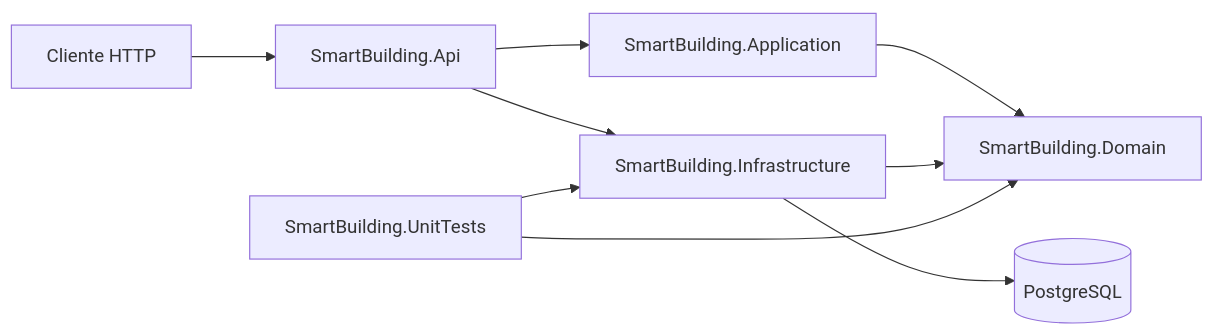
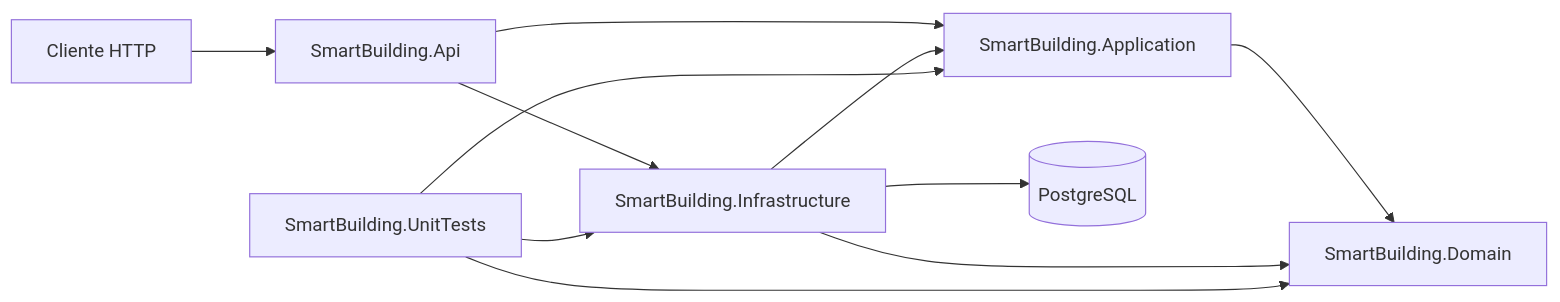
One commit to alexandrepd/smart-building-access changed the first of 2 diagrams in Docs/architecture-overview.md. Above: the diagram before and after it, drawn with Mermaid. The commit also changed other lines of this file and 31 other files, not shown here.

````diff
--- a/Docs/architecture-overview.md
+++ b/Docs/architecture-overview.md
@@ -9,13 +9,15 @@
 ```mermaid
 flowchart LR
     Client[Cliente HTTP] --> API[SmartBuilding.Api]
     API --> Application[SmartBuilding.Application]
     API --> Infrastructure[SmartBuilding.Infrastructure]
     Application --> Domain[SmartBuilding.Domain]
+    Infrastructure --> Application
     Infrastructure --> Domain
 
     UnitTests[SmartBuilding.UnitTests] --> Domain
+    UnitTests --> Application
     UnitTests --> Infrastructure
 
     Infrastructure --> PostgreSQL[(PostgreSQL)]
 ```
````
